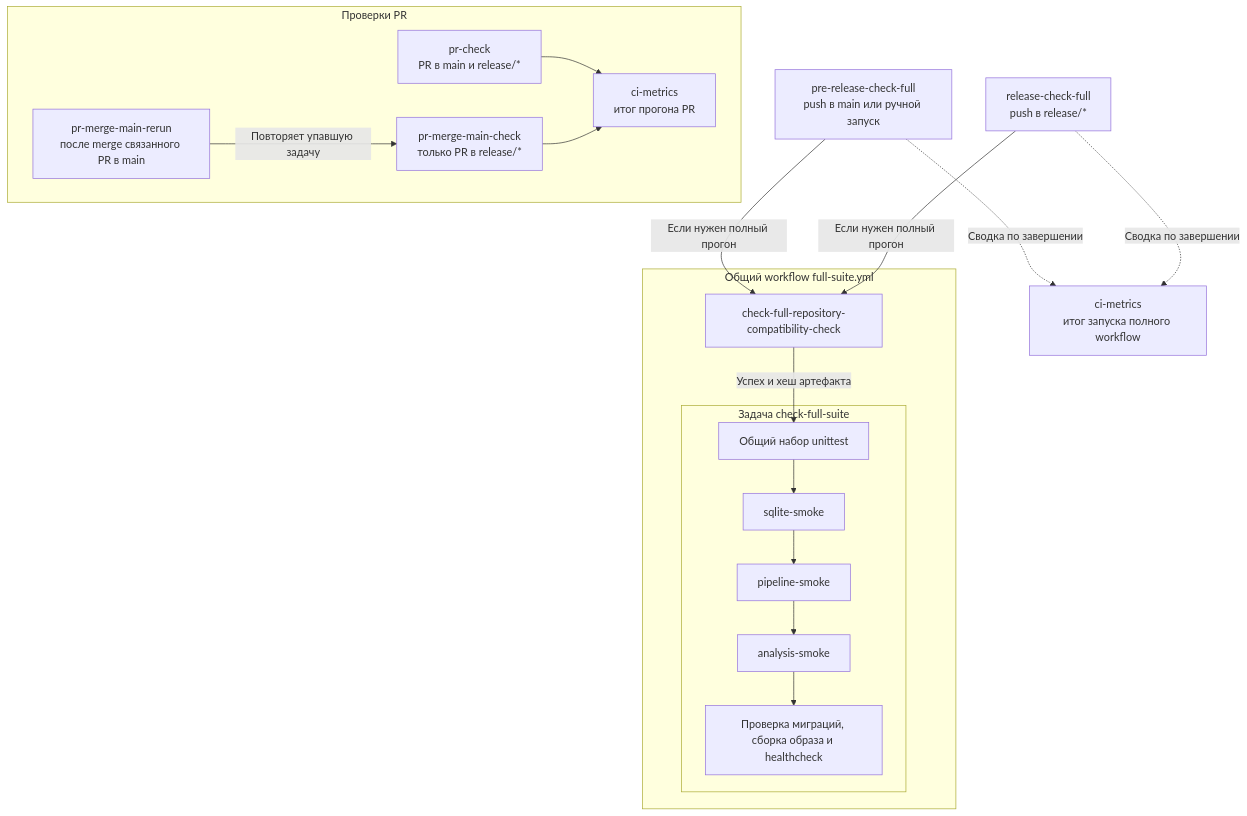
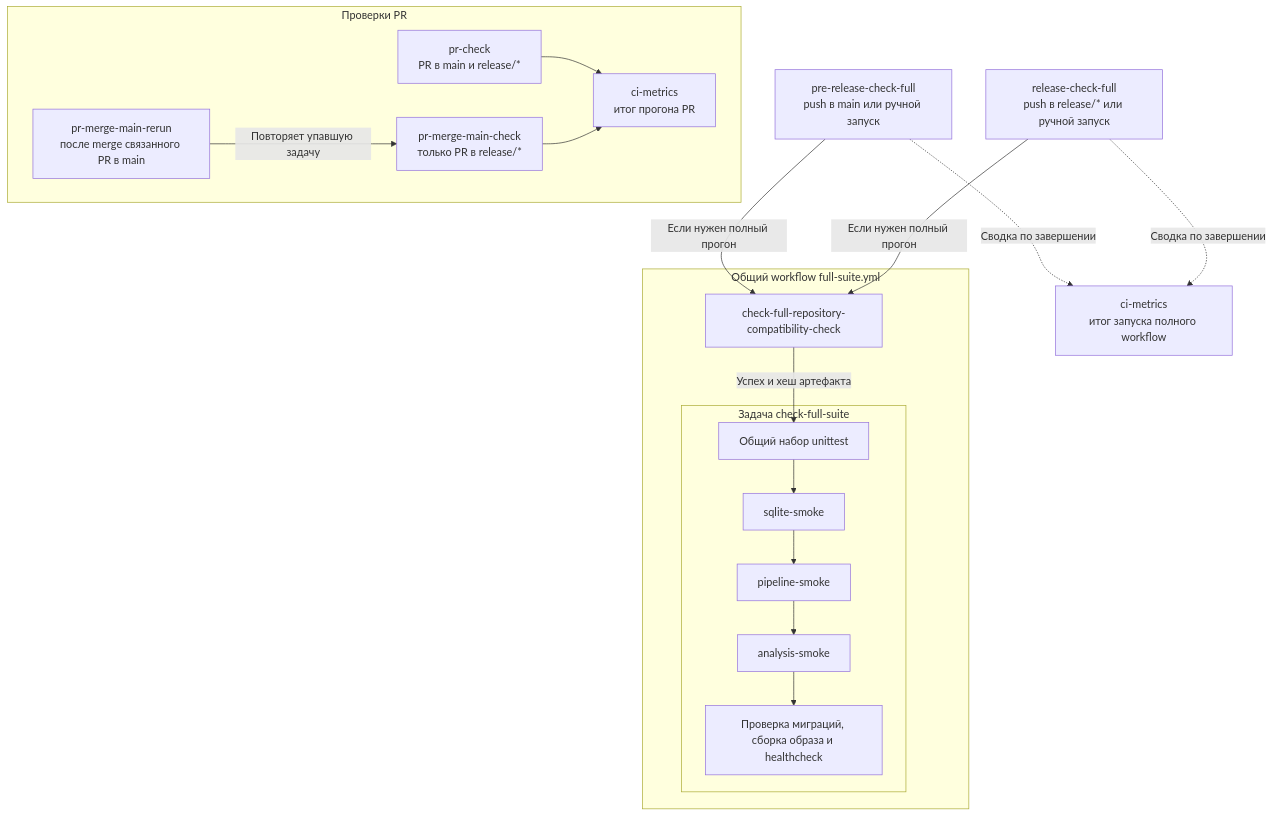
The fourth of 7 diagrams in docs/release-ci-admission/CI_AND_DEPLOY.md (karateka-git/compadre-assistant), drawn with Mermaid before and after one commit. The commit also changed other lines of this file and 6 other files, not shown here.

````diff
--- a/docs/release-ci-admission/CI_AND_DEPLOY.md
+++ b/docs/release-ci-admission/CI_AND_DEPLOY.md
@@ -249,30 +236,30 @@
 ```mermaid
 flowchart TD
     subgraph PR["Проверки PR"]
         FAST["pr-check<br/>PR в main и release/*"]
         DEPS["pr-merge-main-check<br/>только PR в release/*"]
         RERUN["pr-merge-main-rerun<br/>после merge связанного PR в main"]
         RERUN -->|Повторяет упавшую задачу| DEPS
         FAST --> PRMETRICS["ci-metrics<br/>итог прогона PR"]
         DEPS --> PRMETRICS
     end
 
     MAIN["pre-release-check-full<br/>push в main или ручной запуск"]
-    RELEASE["release-check-full<br/>push в release/*"]
+    RELEASE["release-check-full<br/>push в release/* или ручной запуск"]
     subgraph COMMON["Общий workflow full-suite.yml"]
         COMPAT["check-full-repository-compatibility-check"]
         subgraph CANDIDATE["Задача check-full-suite"]
             UNIT["Общий набор unittest"]
             SQLITE["sqlite-smoke"]
             PIPELINE["pipeline-smoke"]
             ANALYSIS["analysis-smoke"]
             FINAL["Проверка миграций, сборка образа и healthcheck"]
             UNIT --> SQLITE --> PIPELINE --> ANALYSIS --> FINAL
         end
         COMPAT -->|Успех и хеш артефакта| UNIT
     end
     MAIN -->|Если нужен полный прогон| COMPAT
     RELEASE -->|Если нужен полный прогон| COMPAT
     MAIN -. Сводка по завершении .-> METRICS["ci-metrics<br/>итог запуска полного workflow"]
     RELEASE -. Сводка по завершении .-> METRICS
 ```
````
